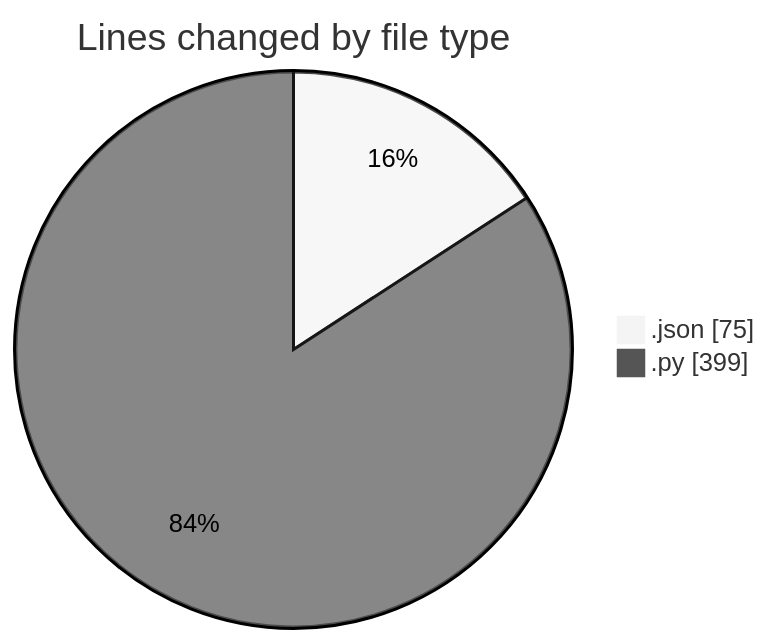
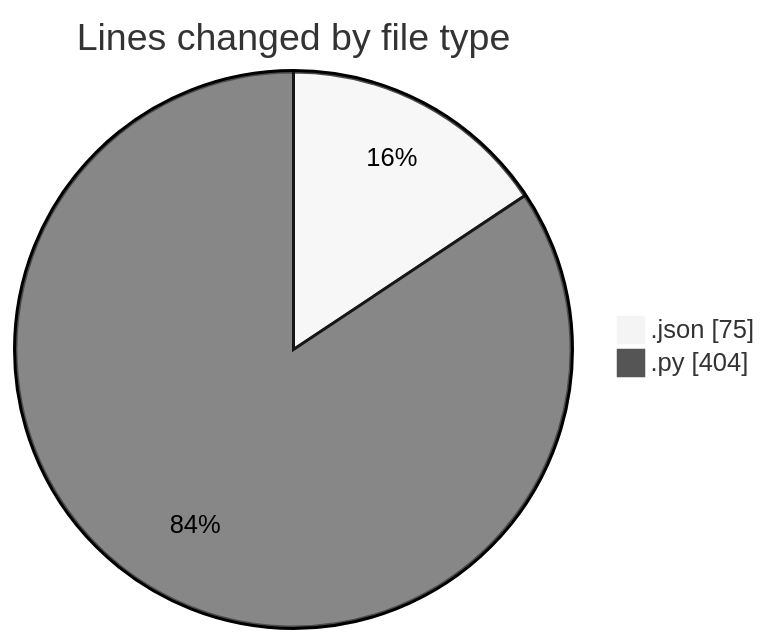
The first of 2 diagrams in 2025-10-08/untitled__workspace_/README.md (MatusMokan/code-tracking), drawn with Mermaid (neutral theme) before and after one commit. The commit also changed other lines of this file and 1 other file, not shown here.

````diff
--- a/2025-10-08/untitled__workspace_/README.md
+++ b/2025-10-08/untitled__workspace_/README.md
@@ -23,6 +23,6 @@
 ```mermaid
 pie showData
 title Lines changed by file type
 ".json" : 75
-".py" : 399
+".py" : 404
 ```
````
